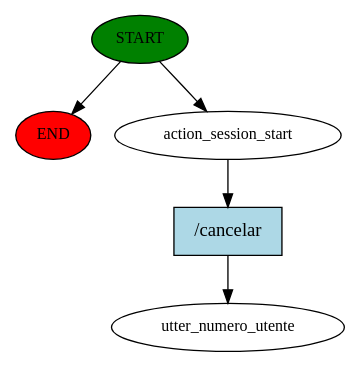
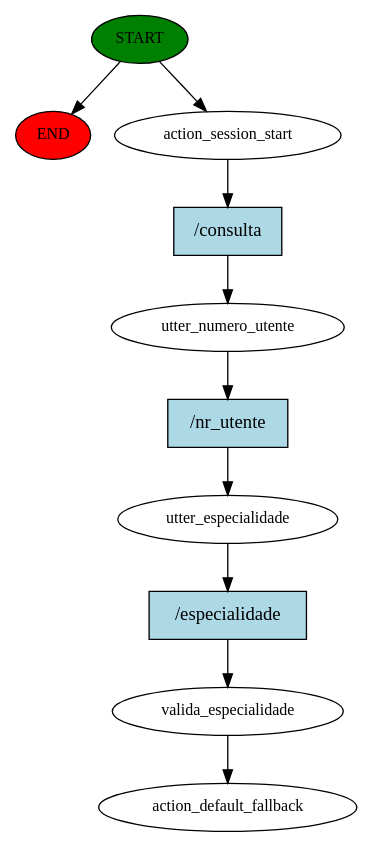
Before and after one commit to mariana27oliveira/AmbInt: the diagram in story_graph.dot, drawn with Graphviz. The commit also changed 96 other files, not shown here.

```diff
--- a/story_graph.dot
+++ b/story_graph.dot
@@ -1,11 +1,21 @@
 digraph  {
 0 [class="start active", fillcolor=green, fontsize=12, label=START, style=filled];
 "-1" [class=end, fillcolor=red, fontsize=12, label=END, style=filled];
 1 [class=active, fontsize=12, label=action_session_start];
-2 [class="dashed active", fontsize=12, label=utter_numero_utente];
-3 [class="intent active", fillcolor=lightblue, label="/cancelar", shape=rect, style=filled];
+2 [class=active, fontsize=12, label=utter_numero_utente];
+3 [class=active, fontsize=12, label=utter_especialidade];
+4 [class=active, fontsize=12, label=valida_especialidade];
+5 [class="dashed active", fontsize=12, label=action_default_fallback];
+6 [class="intent active", fillcolor=lightblue, label="/consulta", shape=rect, style=filled];
+7 [class="intent active", fillcolor=lightblue, label="/nr_utente", shape=rect, style=filled];
+8 [class="intent active", fillcolor=lightblue, label="/especialidade", shape=rect, style=filled];
 0 -> "-1"  [class="", key=NONE, label=""];
 0 -> 1  [class=active, key=NONE, label=""];
-1 -> 3  [class=active, key=0];
-3 -> 2  [class=active, key=0];
+1 -> 6  [class=active, key=0];
+2 -> 7  [class=active, key=0];
+3 -> 8  [class=active, key=0];
+4 -> 5  [class=active, key=NONE, label=""];
+6 -> 2  [class=active, key=0];
+7 -> 3  [class=active, key=0];
+8 -> 4  [class=active, key=0];
 }
```
